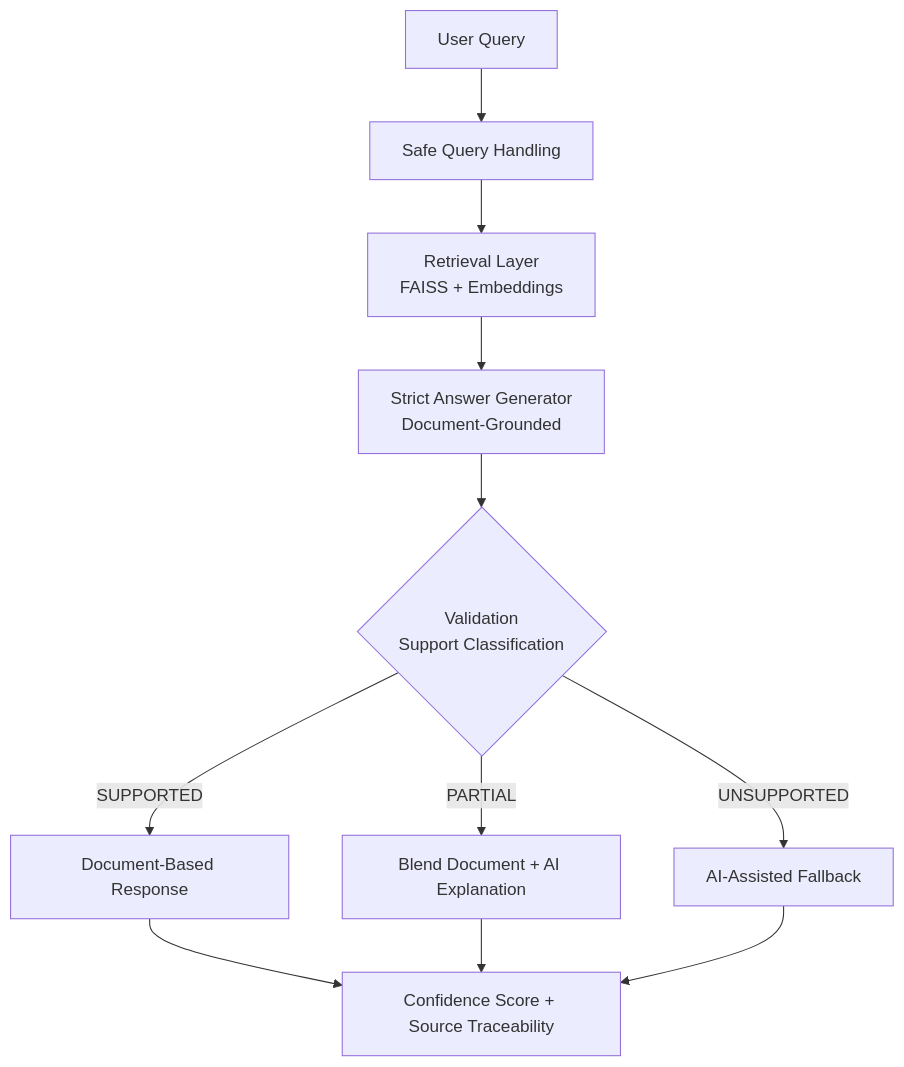
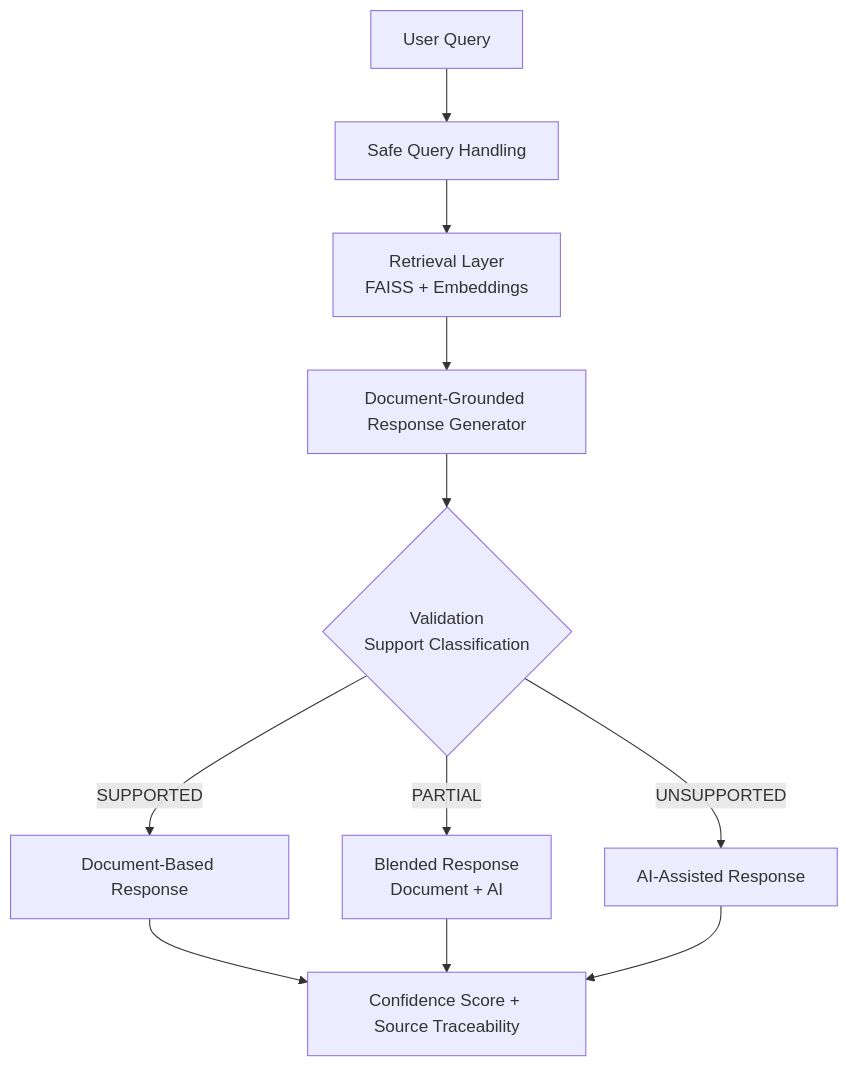
The diagram in README.md (leelakrishna-cloud/agentic-ai-compliance-assistant-v2), drawn with Mermaid before and after one commit. The commit also changed other lines of this file, not shown here.

Commit message:
Revise flowchart for response generation process
Updated flowchart and terminology for response generation.

````diff
--- a/README.md
+++ b/README.md
@@ -72,16 +72,16 @@
 ```mermaid
 flowchart TD
 
 A[User Query] --> B[Safe Query Handling]
 B --> C[Retrieval Layer<br/>FAISS + Embeddings]
-C --> D[Strict Answer Generator<br/>Document-Grounded]
+C --> D[Document-Grounded Response Generator]
 D --> E{Validation<br/>Support Classification}
 
 E -->|SUPPORTED| F[Document-Based Response]
-E -->|PARTIAL| G[Blend Document + AI Explanation]
-E -->|UNSUPPORTED| H[AI-Assisted Fallback]
+E -->|PARTIAL| G[Blended Response<br/>Document + AI]
+E -->|UNSUPPORTED| H[AI-Assisted Response]
 
 F --> I[Confidence Score + Source Traceability]
 G --> I
 H --> I
 ```
````
